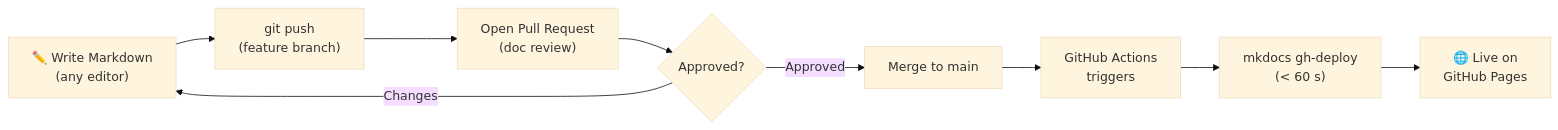
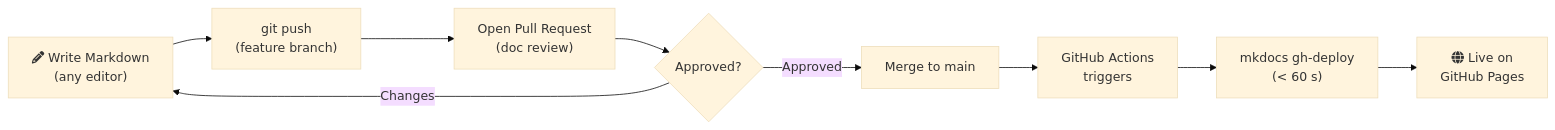
One commit to 12shubham/mkdocs-demo changed the diagram in docs/framework/index.md. Above: the diagram before and after it, drawn with Mermaid (base theme). The commit also changed 8 other files, not shown here.

Commit message:
refactor: replace all emoji with fa: icons in Mermaid diagrams

````diff
--- a/docs/framework/index.md
+++ b/docs/framework/index.md
@@ -71,11 +71,11 @@
 ```mermaid
 graph LR
-    A["✏️ Write Markdown\n(any editor)"] --> B["git push\n(feature branch)"]
+    A["fa:fa-pencil Write Markdown\n(any editor)"] --> B["git push\n(feature branch)"]
     B --> C["Open Pull Request\n(doc review)"]
     C --> D{"Approved?"}
     D -->|Changes| A
     D -->|Approved| E["Merge to main"]
     E --> F["GitHub Actions\ntriggers"]
     F --> G["mkdocs gh-deploy\n(< 60 s)"]
-    G --> H["🌐 Live on\nGitHub Pages"]
+    G --> H["fa:fa-globe Live on\nGitHub Pages"]
 ```
````
